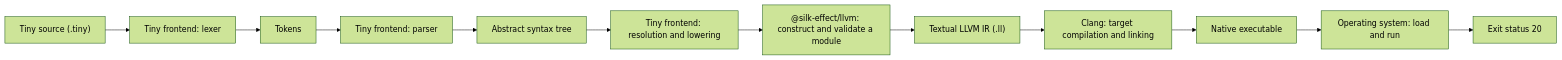
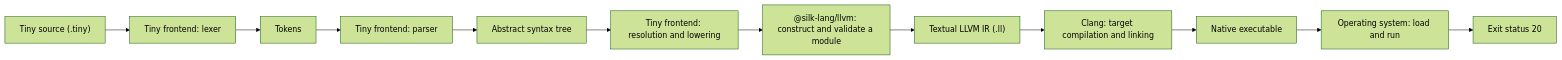
Before and after one commit to julia-script/silk: the diagram in packages/llvm/docs/tutorials/tiny-language/01-meet-tiny.md, drawn with Mermaid (forest theme). The commit also changed other lines of this file and 374 other files, not shown here.

Commit message:
chore: rename npm scope @silk-effect to @silk-lang

````diff
--- a/packages/llvm/docs/tutorials/tiny-language/01-meet-tiny.md
+++ b/packages/llvm/docs/tutorials/tiny-language/01-meet-tiny.md
@@ -68,14 +68,14 @@
 ```mermaid
 flowchart LR
   source["Tiny source (.tiny)"] --> lexer["Tiny frontend: lexer"]
   lexer --> tokens["Tokens"]
   tokens --> parser["Tiny frontend: parser"]
   parser --> ast["Abstract syntax tree"]
   ast --> lowering["Tiny frontend: resolution and lowering"]
-  lowering --> builder["@silk-effect/llvm: construct and validate a module"]
+  lowering --> builder["@silk-lang/llvm: construct and validate a module"]
   builder --> ir["Textual LLVM IR (.ll)"]
   ir --> clang["Clang: target compilation and linking"]
   clang --> executable["Native executable"]
   executable --> os["Operating system: load and run"]
   os --> result["Exit status 20"]
 ```
````
